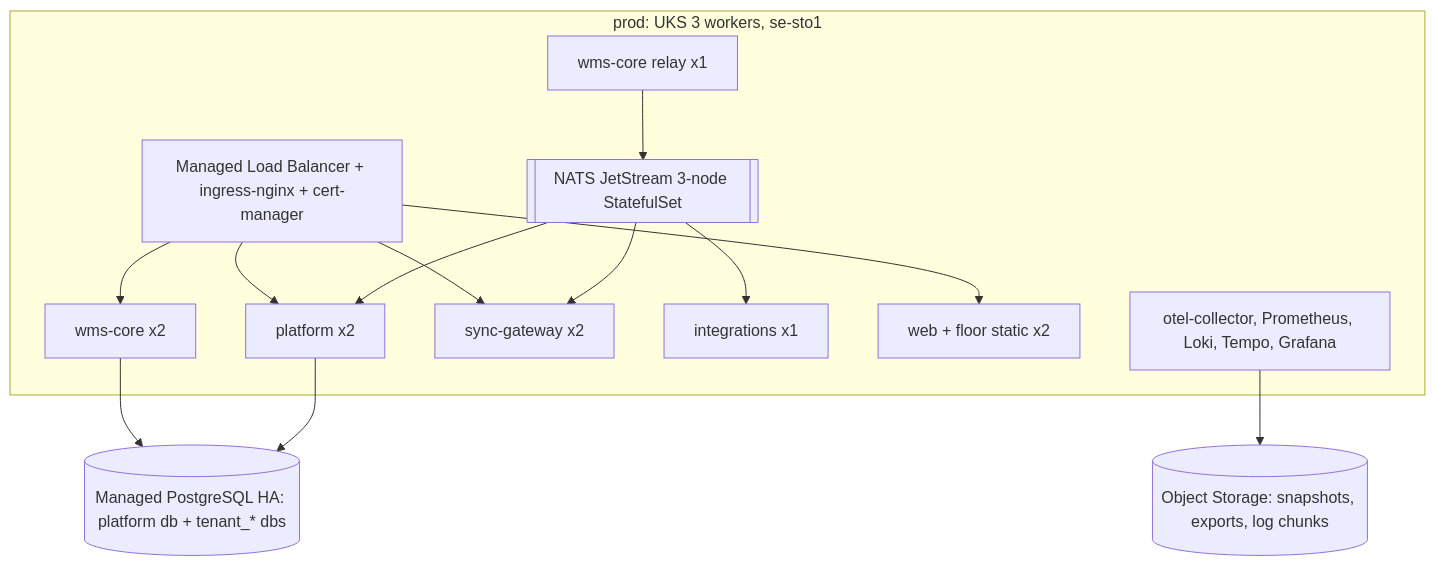
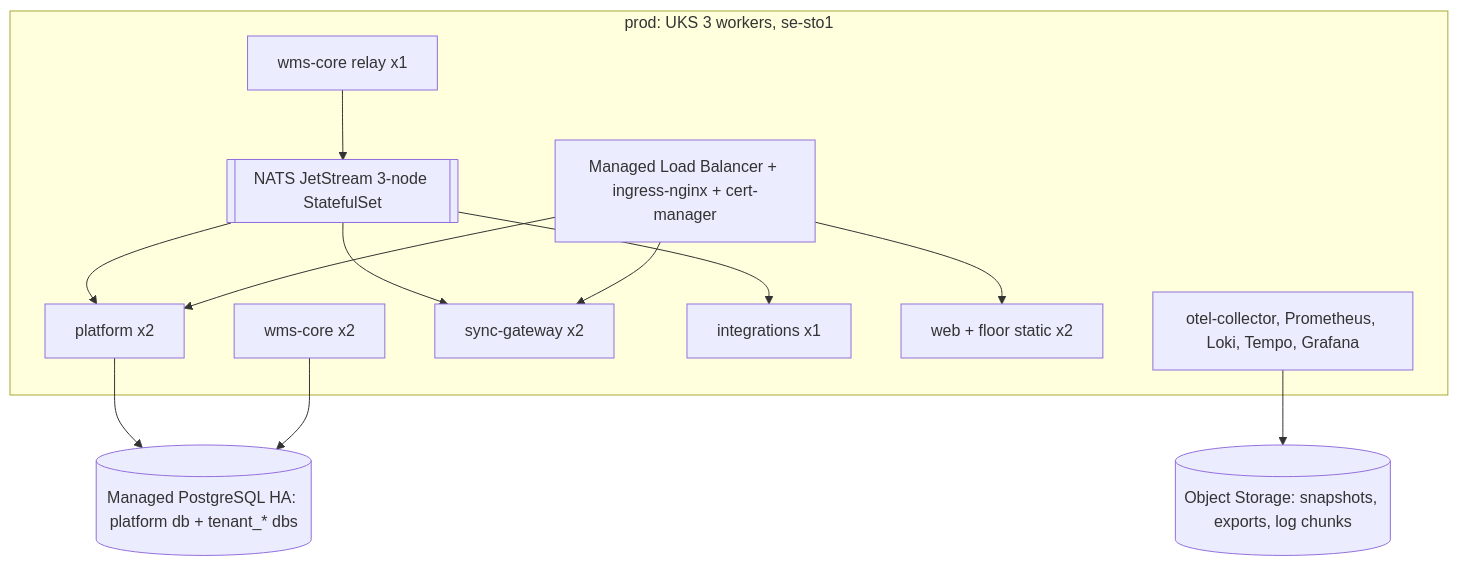
The third of 5 diagrams in docs/superpowers/specs/2026-09-05-lagerkraft-architecture-design.md (palletpilot/Epixx), drawn with Mermaid before and after one commit. The commit also changed other lines of this file, not shown here.

Commit message:
docs: spec - office write route, scoped feed, movement-linked deviations, wms-core internal-only

````diff
--- a/docs/superpowers/specs/2026-09-05-lagerkraft-architecture-design.md
+++ b/docs/superpowers/specs/2026-09-05-lagerkraft-architecture-design.md
@@ -450,22 +451,22 @@
 ```mermaid
 flowchart TB
   subgraph prod [prod: UKS 3 workers, se-sto1]
     LB[Managed Load Balancer + ingress-nginx + cert-manager]
     Plat[platform x2]
     Core[wms-core x2]
     Relay[wms-core relay x1]
     SyncG[sync-gateway x2]
     Integ[integrations x1]
     Web[web + floor static x2]
     NATS[[NATS JetStream 3-node StatefulSet]]
     Obs[otel-collector, Prometheus, Loki, Tempo, Grafana]
   end
   PG[(Managed PostgreSQL HA: platform db + tenant_* dbs)]
   OBJ[(Object Storage: snapshots, exports, log chunks)]
-  LB --> Plat & Core & SyncG & Web
+  LB --> Plat & SyncG & Web
   Core --> PG
   Plat --> PG
   Relay --> NATS
   NATS --> SyncG & Integ & Plat
   Obs --> OBJ
 ```
````
